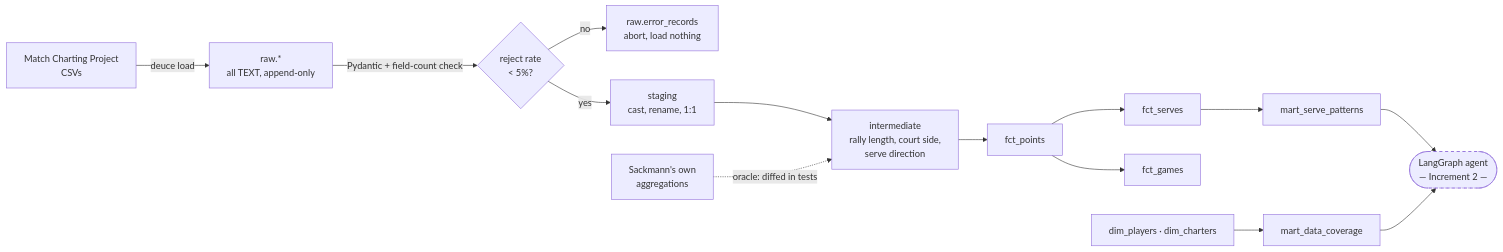
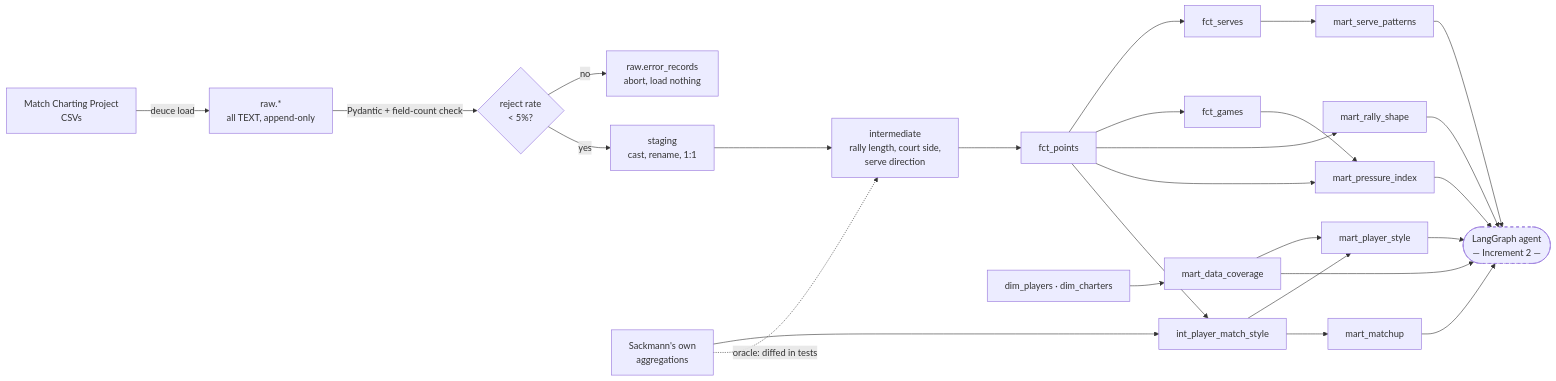
The diagram in README.md (kylezehaoqin/deuce), drawn with Mermaid before and after one commit. The commit also changed other lines of this file and 3 other files, not shown here.

````diff
--- a/README.md
+++ b/README.md
@@ -116,17 +117,29 @@
 ```mermaid
 flowchart LR
   A["Match Charting Project<br/>CSVs"] -->|deuce load| B["raw.*<br/>all TEXT, append-only"]
   B -->|Pydantic + field-count check| C{"reject rate<br/>&lt; 5%?"}
   C -->|no| X["raw.error_records<br/>abort, load nothing"]
   C -->|yes| D["staging<br/>cast, rename, 1:1"]
   D --> E["intermediate<br/>rally length, court side,<br/>serve direction"]
   E --> F["fct_points"]
   F --> G["fct_serves"]
   F --> H["fct_games"]
   G --> I["mart_serve_patterns"]
+  F --> R["mart_rally_shape"]
+  F --> P["mart_pressure_index"]
+  H --> P
   J["dim_players · dim_charters"] --> K["mart_data_coverage"]
+  F --> S["int_player_match_style"]
+  M --> S
+  S --> T["mart_player_style"]
+  S --> U["mart_matchup"]
+  K --> T
   I --> L(["LangGraph agent<br/>— Increment 2 —"])
   K --> L
+  R --> L
+  P --> L
+  T --> L
+  U --> L
   M["Sackmann's own<br/>aggregations"] -.->|oracle: diffed in tests| E
   style L stroke-dasharray: 5 5
 ```
````
